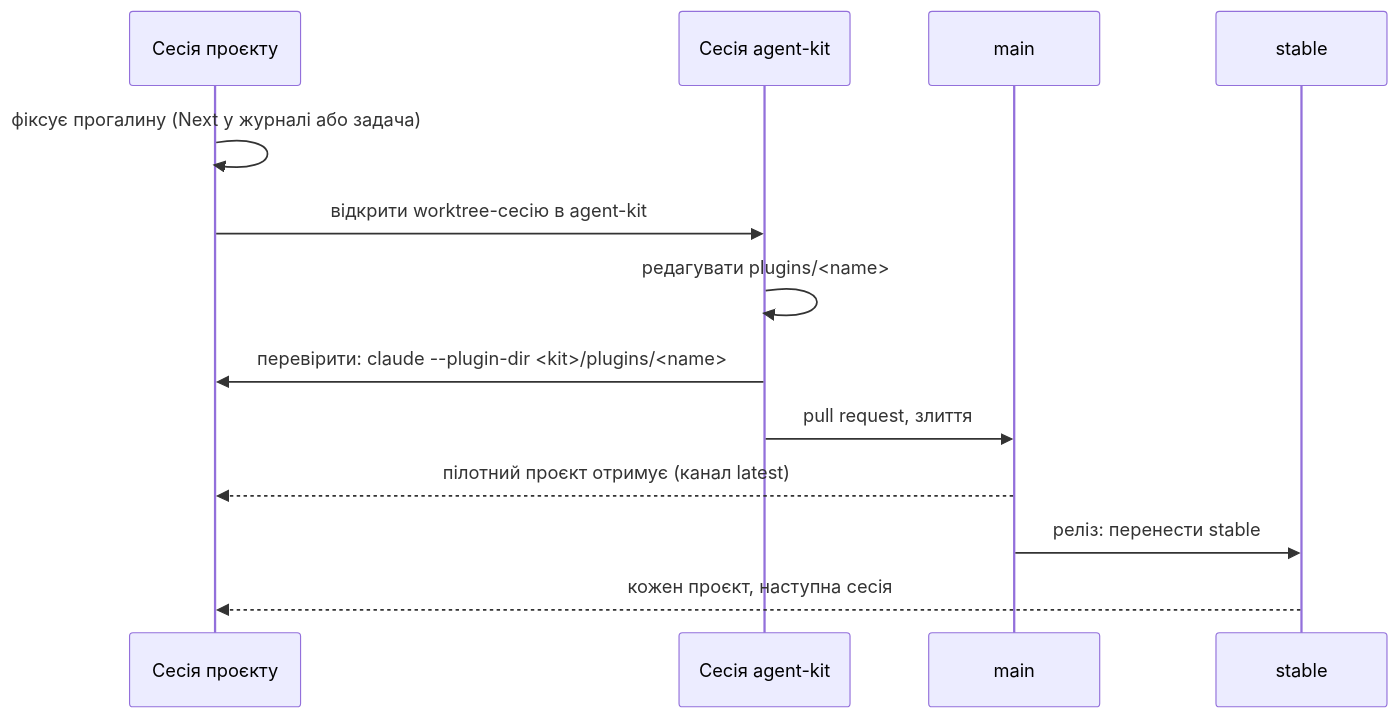
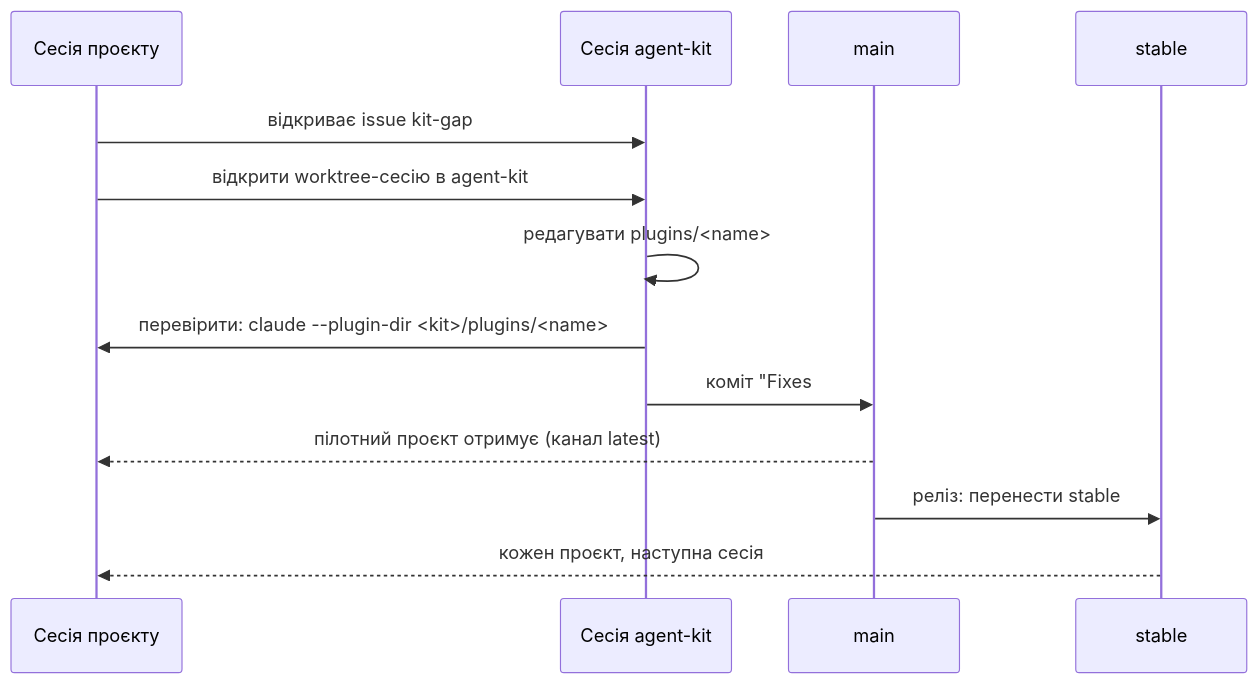
One commit to 3meyc/agent-kit changed the second of 2 diagrams in docs/changing.uk.md. Above: the diagram before and after it, drawn with Mermaid. The commit also changed other lines of this file and 21 other files, not shown here.

````diff
--- a/docs/changing.uk.md
+++ b/docs/changing.uk.md
@@ -30,15 +30,15 @@
 ```mermaid
 sequenceDiagram
   participant P as Сесія проєкту
   participant K as Сесія agent-kit
   participant M as main
   participant S as stable
-  P->>P: фіксує прогалину (Next у журналі або задача)
+  P->>K: відкриває issue kit-gap #n
   P->>K: відкрити worktree-сесію в agent-kit
   K->>K: редагувати plugins/<name>
   K->>P: перевірити: claude --plugin-dir <kit>/plugins/<name>
-  K->>M: pull request, злиття
+  K->>M: коміт "Fixes #n", злиття
   M-->>P: пілотний проєкт отримує (канал latest)
   M->>S: реліз: перенести stable
   S-->>P: кожен проєкт, наступна сесія
 ```
````
